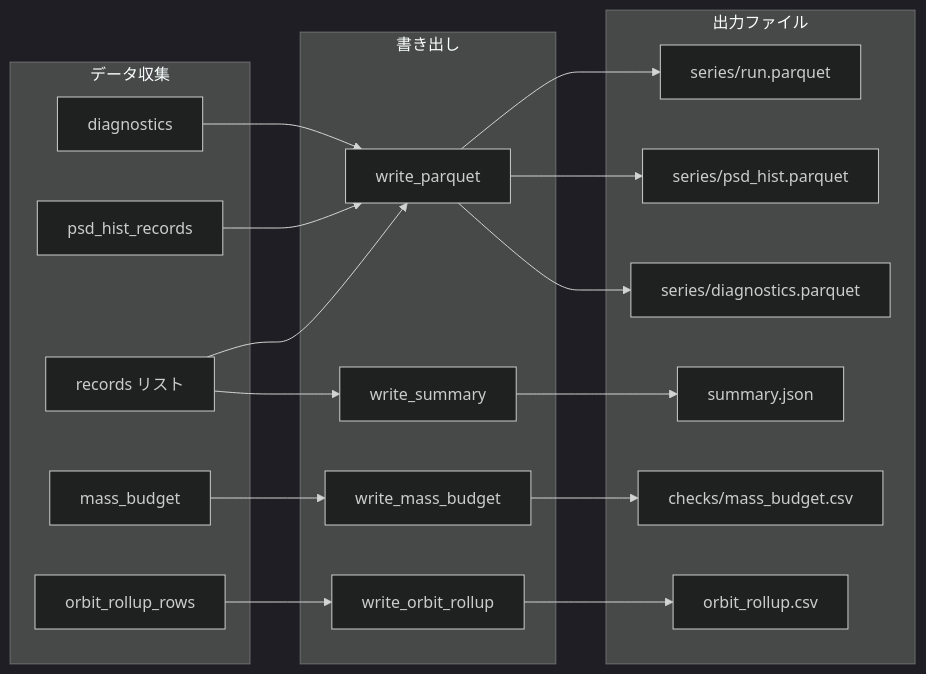
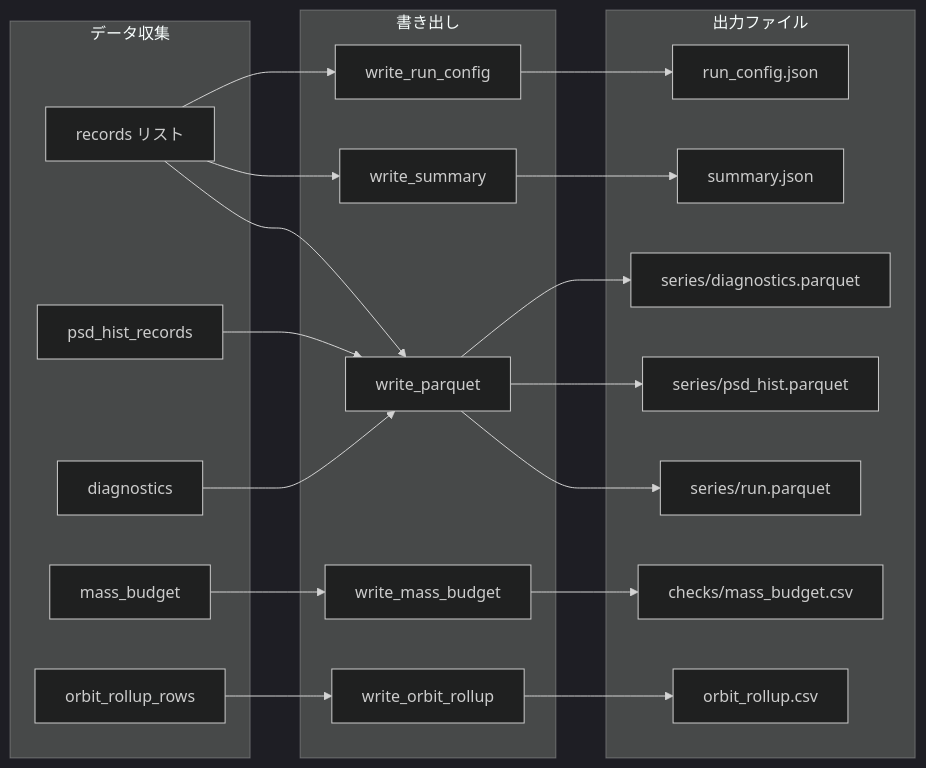
The tenth of 12 diagrams in analysis/physics_flow.md (Einfeld686/MarsDiskSimulation), drawn with Mermaid (dark theme) before and after one commit. The commit also changed other lines of this file and 14 other files, not shown here.

````diff
--- a/analysis/physics_flow.md
+++ b/analysis/physics_flow.md
@@ -284,33 +418,36 @@
 ```mermaid
 flowchart LR
     subgraph COLLECT["データ収集"]
         A[records リスト]
         B[psd_hist_records]
         C[diagnostics]
         D[mass_budget]
         E[orbit_rollup_rows]
     end
     
     subgraph WRITE["書き出し"]
         F[write_parquet]
         G[write_summary]
         H[write_mass_budget]
         I[write_orbit_rollup]
+        J[write_run_config]
     end
     
     subgraph FILES["出力ファイル"]
-        J[series/run.parquet]
-        K[series/psd_hist.parquet]
-        L[series/diagnostics.parquet]
-        M[summary.json]
-        N[checks/mass_budget.csv]
-        O[orbit_rollup.csv]
+        K[series/run.parquet]
+        L[series/psd_hist.parquet]
+        M[series/diagnostics.parquet]
+        N[summary.json]
+        O[checks/mass_budget.csv]
+        P[orbit_rollup.csv]
+        Q[run_config.json]
     end
     
-    A --> F --> J
-    B --> F --> K
-    C --> F --> L
-    D --> H --> N
-    E --> I --> O
-    A --> G --> M
+    A --> F --> K
+    B --> F --> L
+    C --> F --> M
+    D --> H --> O
+    E --> I --> P
+    A --> G --> N
+    A --> J --> Q
 ```
````
